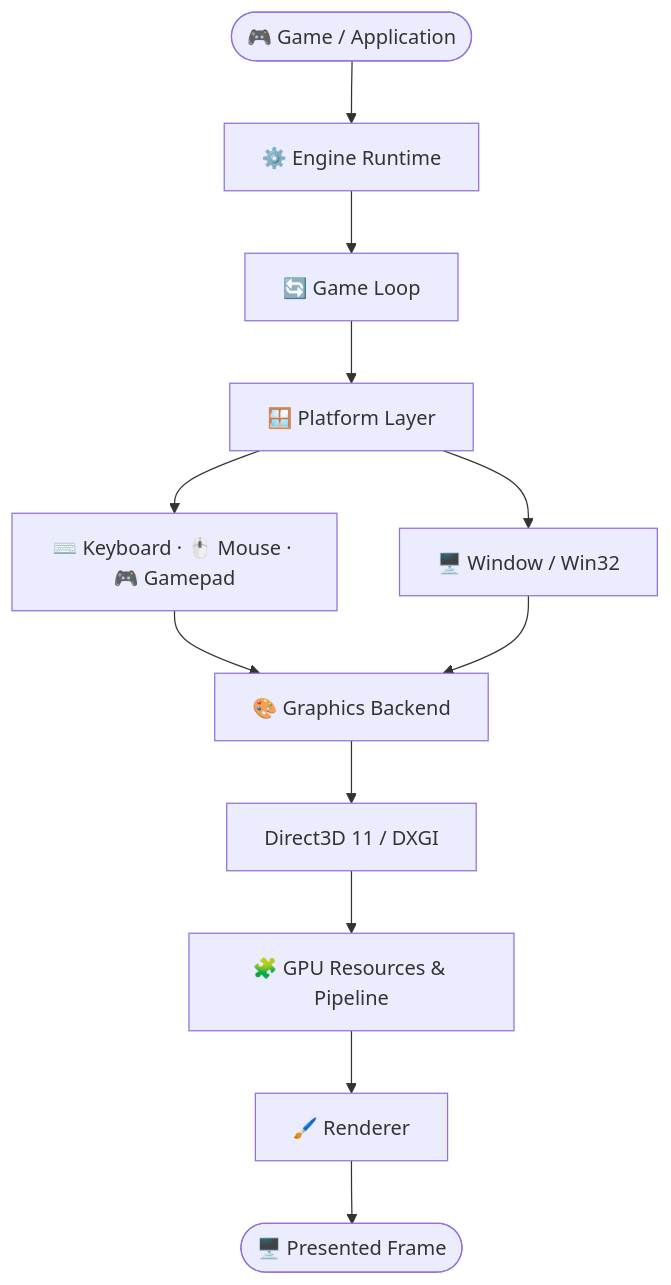
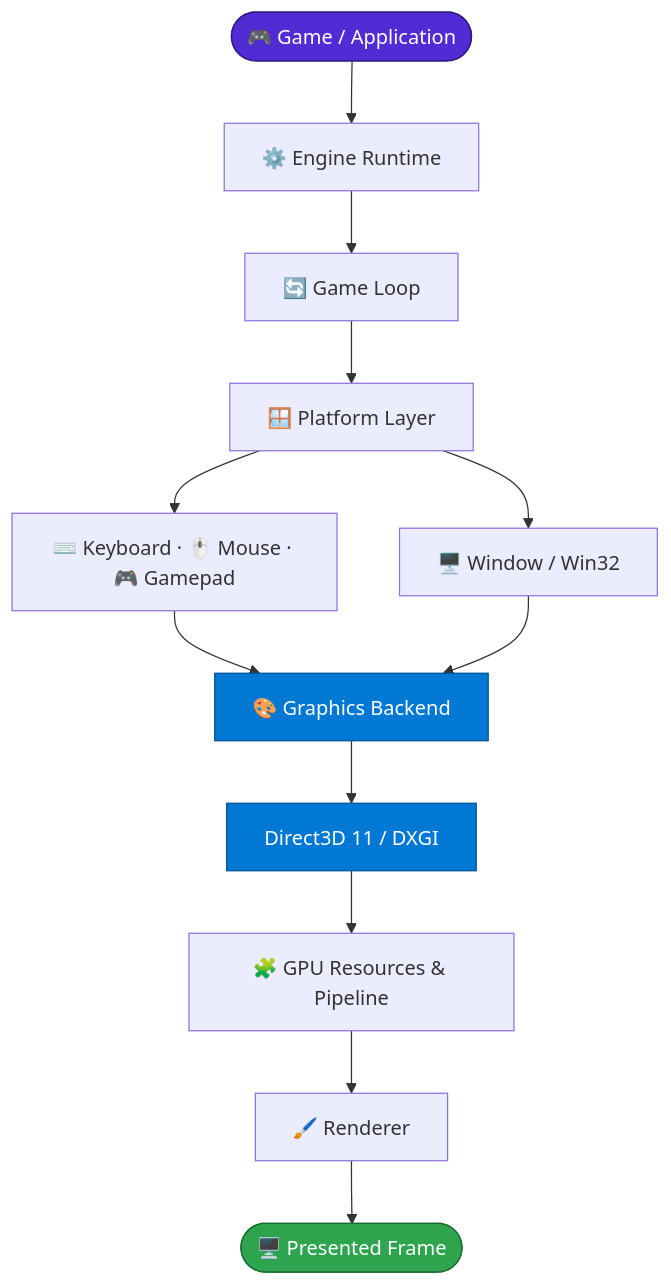
One commit to Shreongit/Shreyas.Advanced.2.Dimensional.Game.Engine changed the first of 2 diagrams in README.md. Above: the diagram before and after it, drawn with Mermaid. The commit also changed other lines of this file, not shown here.

````diff
--- a/README.md
+++ b/README.md
@@ -29,14 +48,19 @@
 ```mermaid
 flowchart TD
     A(["🎮 Game / Application"]) --> B["⚙️ Engine Runtime"]
     B --> C["🔄 Game Loop"]
     C --> D["🪟 Platform Layer"]
     D --> E["⌨️ Keyboard · 🖱️ Mouse · 🎮 Gamepad"]
     D --> F["🖥️ Window / Win32"]
     E --> G["🎨 Graphics Backend"]
     F --> G
     G --> H["Direct3D 11 / DXGI"]
     H --> I["🧩 GPU Resources & Pipeline"]
     I --> J["🖌️ Renderer"]
     J --> K(["🖥️ Presented Frame"])
+
+    style A fill:#512BD4,stroke:#2d1a7a,color:#fff
+    style K fill:#2ea44f,stroke:#1a6b31,color:#fff
+    style G fill:#0078D4,stroke:#00508f,color:#fff
+    style H fill:#0078D4,stroke:#00508f,color:#fff
 ```
````
